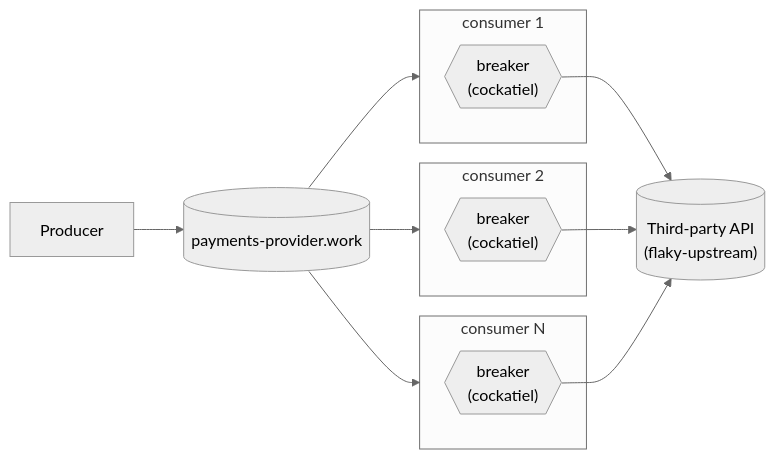
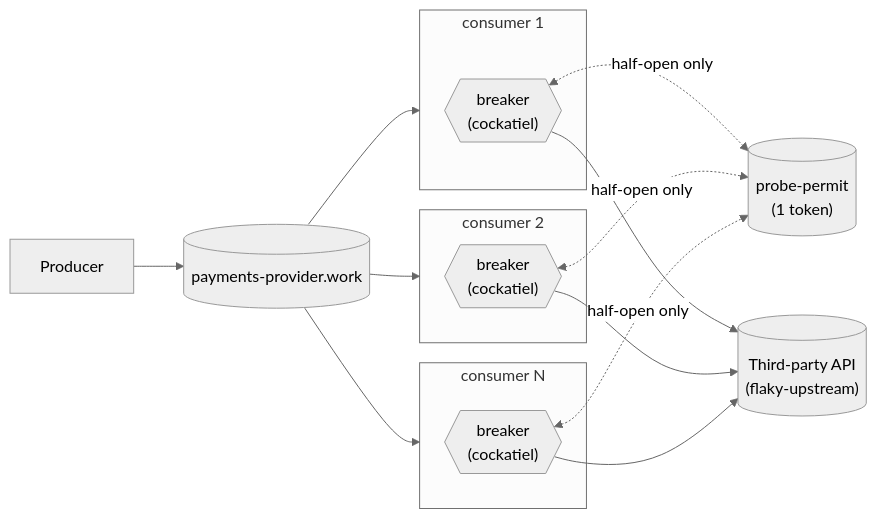
One commit to lsfera/circuit-breaker-unboxing changed the diagram in README.md. Above: the diagram before and after it, drawn with Mermaid (neutral theme). The commit also changed other lines of this file and 6 other files, not shown here.

````diff
--- a/README.md
+++ b/README.md
@@ -10,19 +15,23 @@
 ```mermaid
 flowchart LR
   producer["Producer"] --> queue[("payments-provider.work")]
+  permit[("probe-permit\n(1 token)")]
   subgraph c1["consumer 1"]
     b1{{"breaker\n(cockatiel)"}}
   end
   subgraph c2["consumer 2"]
     b2{{"breaker\n(cockatiel)"}}
   end
   subgraph c3["consumer N"]
     b3{{"breaker\n(cockatiel)"}}
   end
   queue --> c1
   queue --> c2
   queue --> c3
+  b1 <-.->|"half-open only"| permit
+  b2 <-.->|"half-open only"| permit
+  b3 <-.->|"half-open only"| permit
   b1 --> api[("Third-party API\n(flaky-upstream)")]
   b2 --> api
   b3 --> api
 ```
````
